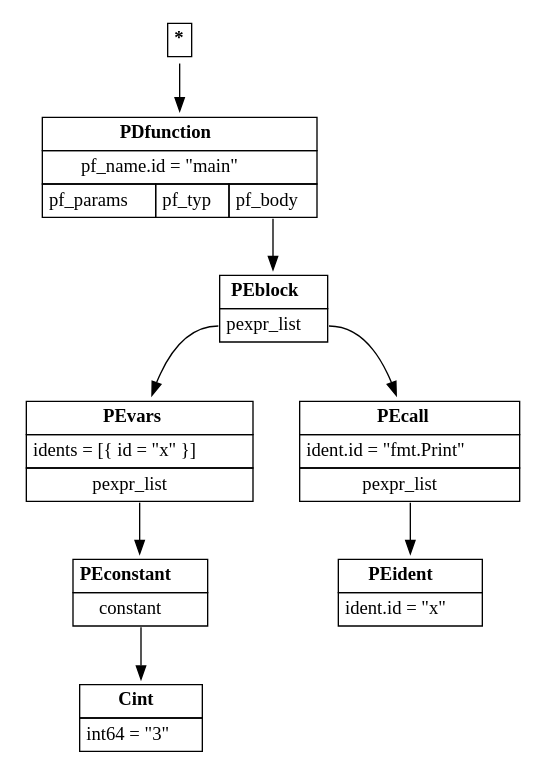
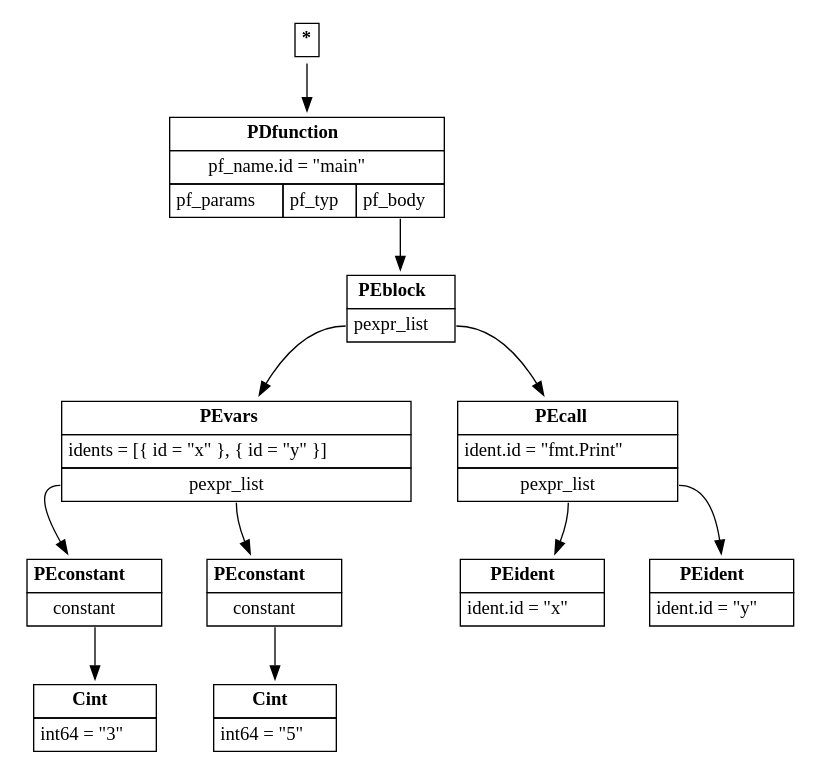
Before and after one commit to moquem/Compilateur: the diagram in projet_GOCass/src/test3_ast.dot, drawn with Graphviz. The commit also changed 38 other files, not shown here.

```diff
--- a/projet_GOCass/src/test3_ast.dot
+++ b/projet_GOCass/src/test3_ast.dot
@@ -1,18 +1,24 @@
 digraph ast {
 node [shape=plaintext];
 root [label=<<table border='0' cellborder='1' cellspacing='0' cellpadding='4'><tr ><td colspan = '1'><b >*</b></td></tr></table>>]
 PDfunction_1 [label=<<table border='0' cellborder='1' cellspacing='0' cellpadding='4'><tr ><td colspan = '3'><b >PDfunction</b></td></tr><tr ><td colspan = '3'>pf_name.id = "main"</td></tr><tr ><td port='pf_params'>pf_params</td><td port='pf_typ'>pf_typ</td><td port='pf_body'>pf_body</td></tr></table>>]
 root -> PDfunction_1
 PEblock_2 [label=<<table border='0' cellborder='1' cellspacing='0' cellpadding='4'><tr ><td colspan = '1'><b >PEblock</b></td></tr><tr ><td port='pexpr_list'>pexpr_list</td></tr></table>>]
 PDfunction_1:pf_body -> PEblock_2
-PEvars_3 [label=<<table border='0' cellborder='1' cellspacing='0' cellpadding='4'><tr ><td colspan = '1'><b >PEvars</b></td></tr><tr ><td colspan = '1'>idents = [{ id = "x" }]</td></tr><tr ><td port='pexpr_list'>pexpr_list</td></tr></table>>]
+PEvars_3 [label=<<table border='0' cellborder='1' cellspacing='0' cellpadding='4'><tr ><td colspan = '1'><b >PEvars</b></td></tr><tr ><td colspan = '1'>idents = [{ id = "x" }, { id = "y" }]</td></tr><tr ><td port='pexpr_list'>pexpr_list</td></tr></table>>]
 PEblock_2:pexpr_list -> PEvars_3
 PEconstant_4 [label=<<table border='0' cellborder='1' cellspacing='0' cellpadding='4'><tr ><td colspan = '1'><b >PEconstant</b></td></tr><tr ><td port='constant'>constant</td></tr></table>>]
 PEvars_3:pexpr_list -> PEconstant_4
 Cint_5 [label=<<table border='0' cellborder='1' cellspacing='0' cellpadding='4'><tr ><td colspan = '1'><b >Cint</b></td></tr><tr ><td colspan = '1'>int64 = "3"</td></tr></table>>]
 PEconstant_4:constant -> Cint_5
-PEcall_6 [label=<<table border='0' cellborder='1' cellspacing='0' cellpadding='4'><tr ><td colspan = '1'><b >PEcall</b></td></tr><tr ><td colspan = '1'>ident.id = "fmt.Print"</td></tr><tr ><td port='pexpr_list'>pexpr_list</td></tr></table>>]
-PEblock_2:pexpr_list -> PEcall_6
-PEident_7 [label=<<table border='0' cellborder='1' cellspacing='0' cellpadding='4'><tr ><td colspan = '1'><b >PEident</b></td></tr><tr ><td colspan = '1'>ident.id = "x"</td></tr></table>>]
-PEcall_6:pexpr_list -> PEident_7
+PEconstant_6 [label=<<table border='0' cellborder='1' cellspacing='0' cellpadding='4'><tr ><td colspan = '1'><b >PEconstant</b></td></tr><tr ><td port='constant'>constant</td></tr></table>>]
+PEvars_3:pexpr_list -> PEconstant_6
+Cint_7 [label=<<table border='0' cellborder='1' cellspacing='0' cellpadding='4'><tr ><td colspan = '1'><b >Cint</b></td></tr><tr ><td colspan = '1'>int64 = "5"</td></tr></table>>]
+PEconstant_6:constant -> Cint_7
+PEcall_8 [label=<<table border='0' cellborder='1' cellspacing='0' cellpadding='4'><tr ><td colspan = '1'><b >PEcall</b></td></tr><tr ><td colspan = '1'>ident.id = "fmt.Print"</td></tr><tr ><td port='pexpr_list'>pexpr_list</td></tr></table>>]
+PEblock_2:pexpr_list -> PEcall_8
+PEident_9 [label=<<table border='0' cellborder='1' cellspacing='0' cellpadding='4'><tr ><td colspan = '1'><b >PEident</b></td></tr><tr ><td colspan = '1'>ident.id = "x"</td></tr></table>>]
+PEcall_8:pexpr_list -> PEident_9
+PEident_10 [label=<<table border='0' cellborder='1' cellspacing='0' cellpadding='4'><tr ><td colspan = '1'><b >PEident</b></td></tr><tr ><td colspan = '1'>ident.id = "y"</td></tr></table>>]
+PEcall_8:pexpr_list -> PEident_10
 }
```
